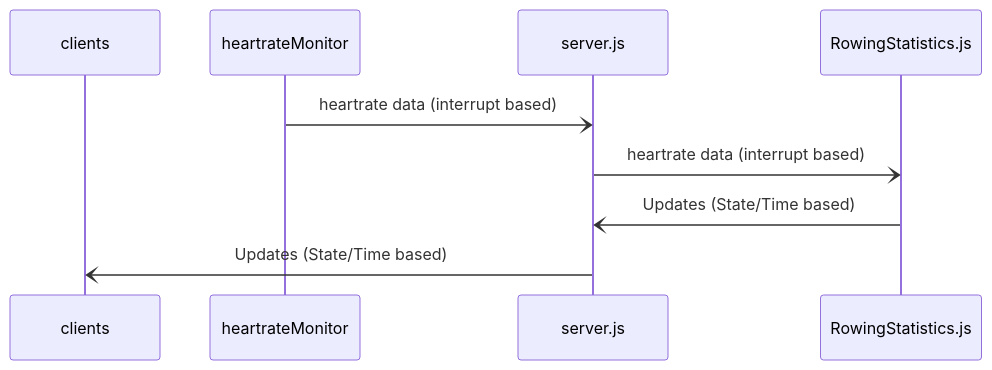
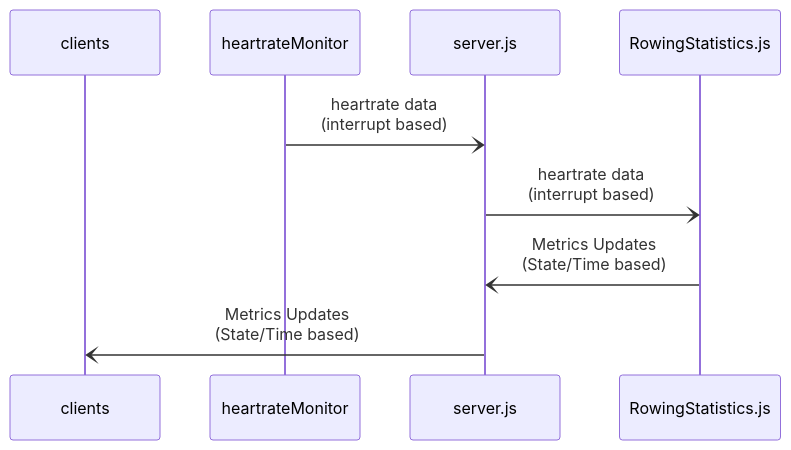
One commit to laberning/openrowingmonitor changed the second of 4 diagrams in docs/Architecture.md. Above: the diagram before and after it, drawn with Mermaid. The commit also changed other lines of this file, not shown here.

````diff
--- a/docs/Architecture.md
+++ b/docs/Architecture.md
@@ -38,11 +38,11 @@
 ```mermaid
 sequenceDiagram
   participant clients
   participant heartrateMonitor
   participant server.js
   participant RowingStatistics.js
-  heartrateMonitor-)server.js: heartrate data (interrupt based)
-  server.js-)RowingStatistics.js: heartrate data (interrupt based)
-  RowingStatistics.js-)server.js: Updates (State/Time based)
-  server.js-)clients: Updates (State/Time based)
+  heartrateMonitor-)server.js: heartrate data<br>(interrupt based)
+  server.js-)RowingStatistics.js: heartrate data<br>(interrupt based)
+  RowingStatistics.js-)server.js: Metrics Updates<br>(State/Time based)
+  server.js-)clients: Metrics Updates<br>(State/Time based)
 ```
````
